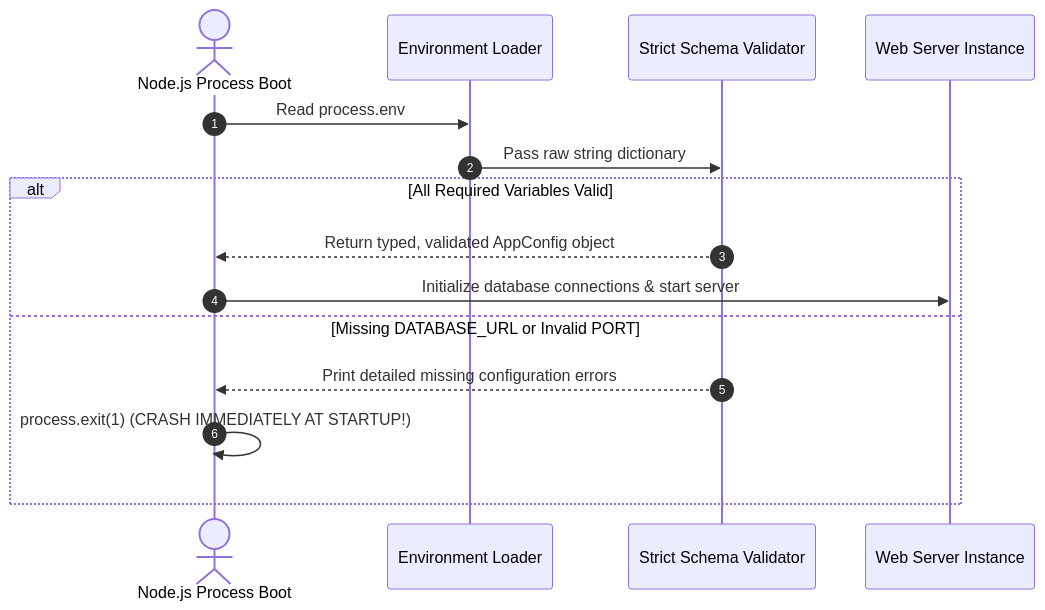
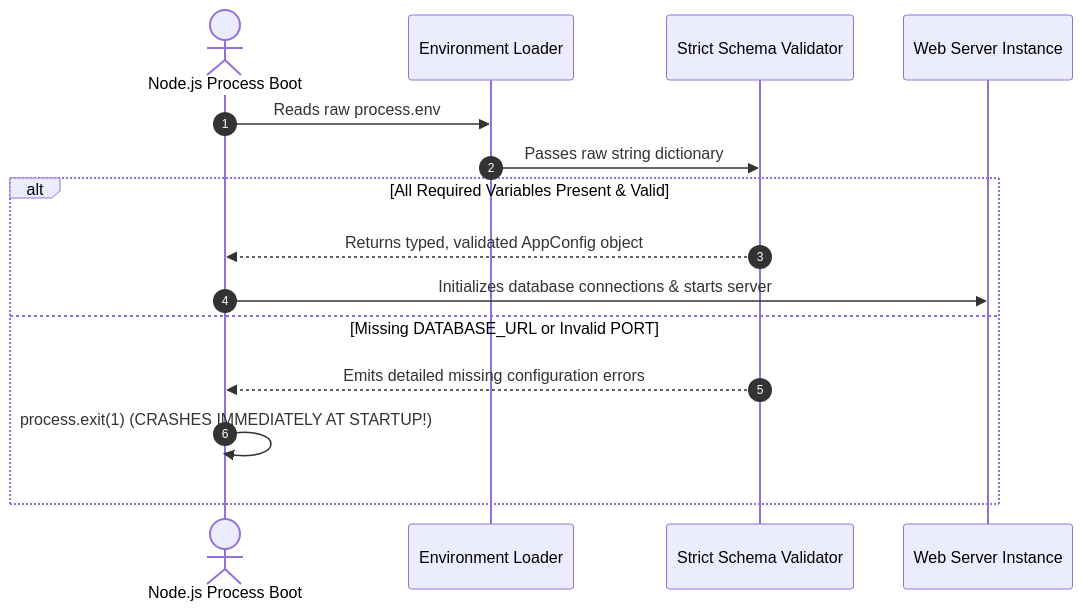
The second of 2 diagrams in nodejs-notes/25-environment-and-config.md (Amie-dev/engineering-playbook), drawn with Mermaid before and after one commit. The commit also changed other lines of this file and 31 other files, not shown here.

````diff
--- a/nodejs-notes/25-environment-and-config.md
+++ b/nodejs-notes/25-environment-and-config.md
@@ -57,19 +63,19 @@
 ```mermaid
 sequenceDiagram
     autonumber
     actor Boot as Node.js Process Boot
     participant Loader as Environment Loader
     participant Validator as Strict Schema Validator
     participant App as Web Server Instance
 
-    Boot->>Loader: Read process.env
-    Loader->>Validator: Pass raw string dictionary
+    Boot->>Loader: Reads raw process.env
+    Loader->>Validator: Passes raw string dictionary
     
-    alt All Required Variables Valid
-        Validator-->>Boot: Return typed, validated AppConfig object
-        Boot->>App: Initialize database connections & start server
+    alt All Required Variables Present & Valid
+        Validator-->>Boot: Returns typed, validated AppConfig object
+        Boot->>App: Initializes database connections & starts server
     else Missing DATABASE_URL or Invalid PORT
-        Validator-->>Boot: Print detailed missing configuration errors
-        Boot->>Boot: process.exit(1) (CRASH IMMEDIATELY AT STARTUP!)
+        Validator-->>Boot: Emits detailed missing configuration errors
+        Boot->>Boot: process.exit(1) (CRASHES IMMEDIATELY AT STARTUP!)
     end
 ```
````
